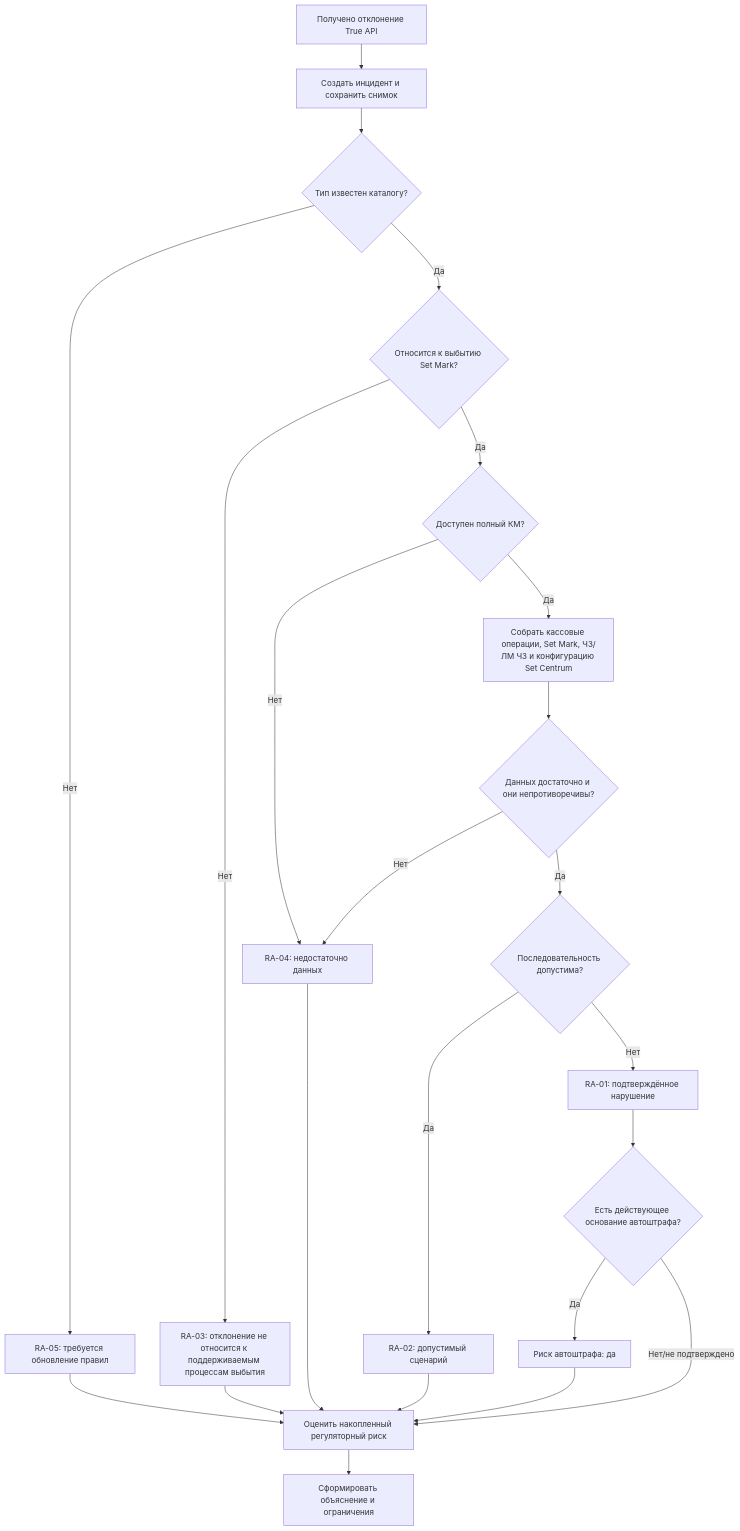
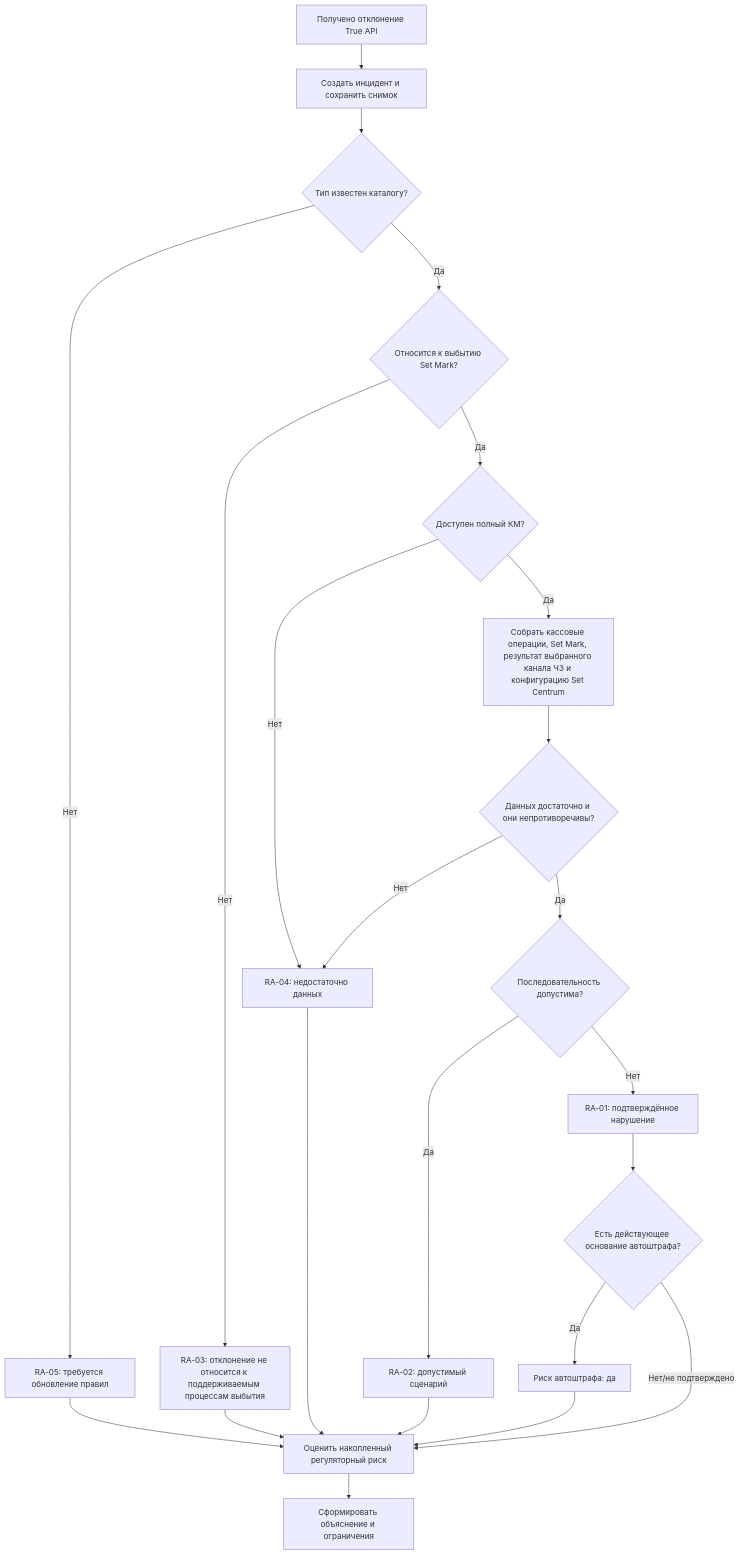
The diagram in docs/product-definition/decision-model-v0.1.md (onufriev/setmark-report-module), drawn with Mermaid before and after one commit. The commit also changed other lines of this file, not shown here.

````diff
--- a/docs/product-definition/decision-model-v0.1.md
+++ b/docs/product-definition/decision-model-v0.1.md
@@ -41,25 +40,25 @@
 ```mermaid
 flowchart TD
     A["Получено отклонение True API"] --> B["Создать инцидент и сохранить снимок"]
     B --> C{"Тип известен каталогу?"}
     C -- "Нет" --> U["RA-05: требуется обновление правил"]
     C -- "Да" --> D{"Относится к выбытию Set Mark?"}
     D -- "Нет" --> O["RA-03: отклонение не относится к поддерживаемым процессам выбытия"]
     D -- "Да" --> K{"Доступен полный КМ?"}
     K -- "Нет" --> N["RA-04: недостаточно данных"]
-    K -- "Да" --> G["Собрать кассовые операции, Set Mark, ЧЗ/ЛМ ЧЗ и конфигурацию Set Centrum"]
+    K -- "Да" --> G["Собрать кассовые операции, Set Mark, результат выбранного канала ЧЗ и конфигурацию Set Centrum"]
     G --> H{"Данных достаточно и они непротиворечивы?"}
     H -- "Нет" --> N
     H -- "Да" --> S{"Последовательность допустима?"}
     S -- "Да" --> P["RA-02: допустимый сценарий"]
     S -- "Нет" --> V["RA-01: подтверждённое нарушение"]
     V --> F{"Есть действующее основание автоштрафа?"}
     F -- "Да" --> CF["Риск автоштрафа: да"]
     F -- "Нет/не подтверждено" --> CR["Оценить накопленный регуляторный риск"]
     P --> CR
     O --> CR
     N --> CR
     U --> CR
     CF --> CR
     CR --> X["Сформировать объяснение и ограничения"]
 ```
````
